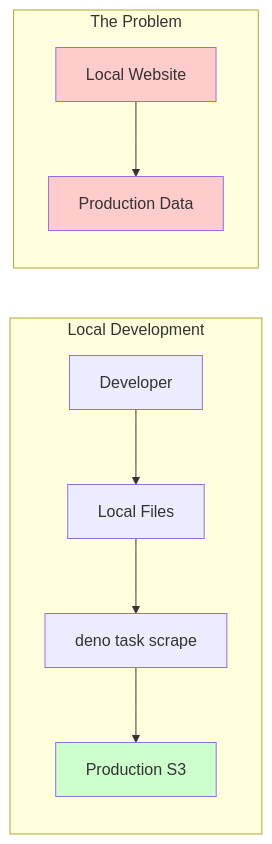
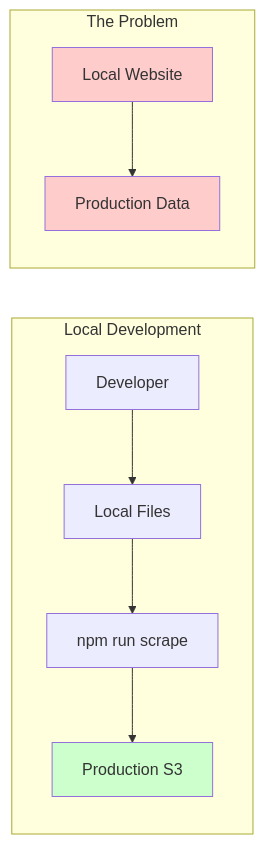
Before and after one commit to davertron/sports-scraper: the third of 4 diagrams in README.md, drawn with Mermaid. The commit also changed other lines of this file and 6706 other files, not shown here.

````diff
--- a/README.md
+++ b/README.md
@@ -132,23 +132,23 @@
 ```mermaid
 graph LR
     subgraph "Local Development"
         DEV[Developer]
         LOCAL[Local Files]
-        SCRAPE_LOCAL[deno task scrape]
+        SCRAPE_LOCAL[npm run scrape]
         S3_PROD[Production S3]
     end
     
     subgraph "The Problem"
         SITE_LOCAL[Local Website]
         DATA_PROD[Production Data]
     end
     
     DEV --> LOCAL
     LOCAL --> SCRAPE_LOCAL
     SCRAPE_LOCAL --> S3_PROD
     SITE_LOCAL --> DATA_PROD
     
     style SITE_LOCAL fill:#ffcccc
     style DATA_PROD fill:#ffcccc
     style S3_PROD fill:#ccffcc
 ```
````
